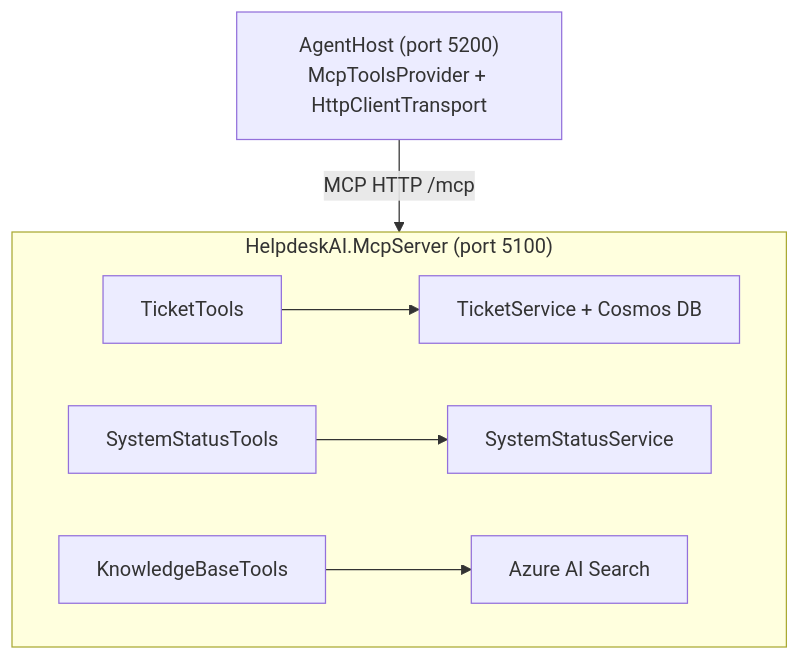
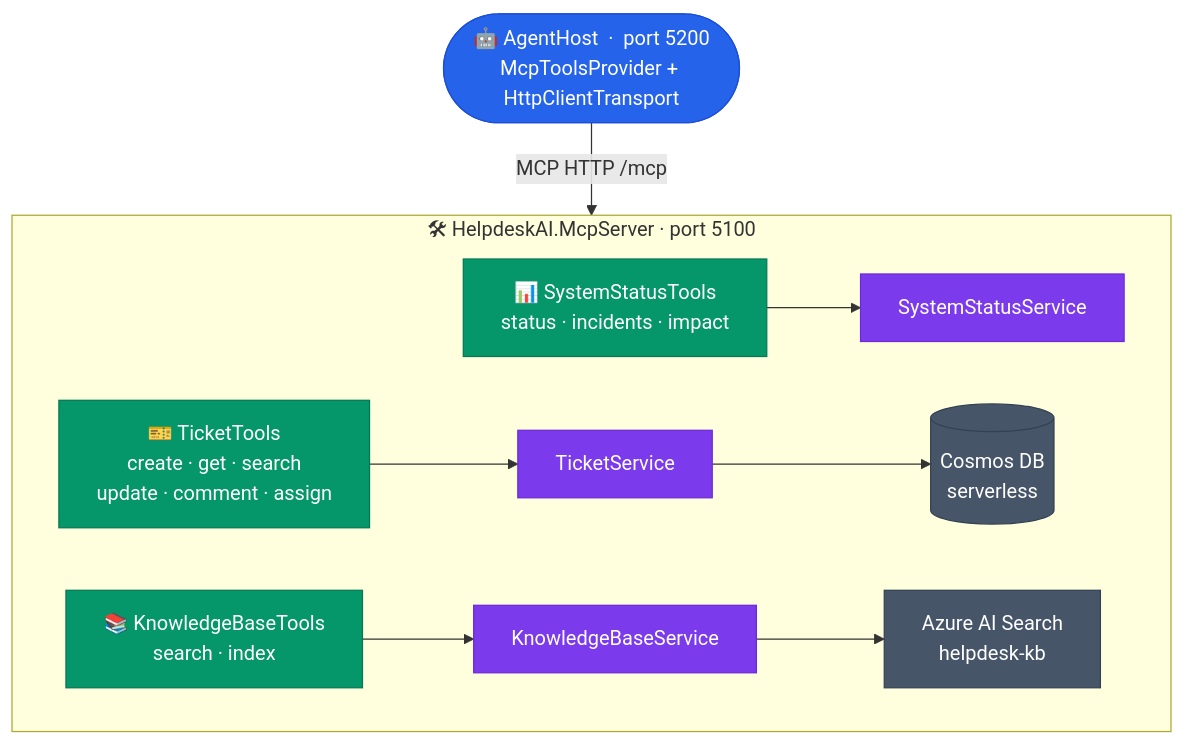
Before and after one commit to sreyanchoudhury/HelpdeskAI.CSharp: the diagram in src/HelpdeskAI.McpServer/README.md, drawn with Mermaid. The commit also changed other lines of this file and 5 other files, not shown here.

````diff
--- a/src/HelpdeskAI.McpServer/README.md
+++ b/src/HelpdeskAI.McpServer/README.md
@@ -102,18 +102,32 @@
 ```mermaid
 flowchart TD
-    AH["AgentHost (port 5200)<br/>McpToolsProvider + HttpClientTransport"]
+    classDef external fill:#2563eb,stroke:#1d4ed8,color:#fff
+    classDef tool     fill:#059669,stroke:#047857,color:#fff
+    classDef service  fill:#7c3aed,stroke:#6d28d9,color:#fff
+    classDef db       fill:#475569,stroke:#334155,color:#fff
 
-    subgraph MCP["HelpdeskAI.McpServer (port 5100)"]
-        TT["TicketTools"]
-        SST["SystemStatusTools"]
-        KT["KnowledgeBaseTools"]
-        TS["TicketService + Cosmos DB"]
+    AH(["🤖 AgentHost  ·  port 5200<br/>McpToolsProvider + HttpClientTransport"])
+
+    subgraph MCP["🛠  HelpdeskAI.McpServer  ·  port 5100"]
+        TT["🎫 TicketTools<br/>create · get · search<br/>update · comment · assign"]
+        SST["📊 SystemStatusTools<br/>status · incidents · impact"]
+        KT["📚 KnowledgeBaseTools<br/>search · index"]
+        TS["TicketService"]
         SS["SystemStatusService"]
-        AIS["Azure AI Search"]
+        KBS["KnowledgeBaseService"]
+        COSMOS[("Cosmos DB<br/>serverless")]
+        AIS["Azure AI Search<br/>helpdesk-kb"]
     end
 
     AH -->|MCP HTTP /mcp| MCP
     TT --> TS
     SST --> SS
-    KT --> AIS
+    KT --> KBS
+    TS --> COSMOS
+    KBS --> AIS
+
+    class AH external
+    class TT,SST,KT tool
+    class TS,SS,KBS service
+    class COSMOS,AIS db
 ```
````
